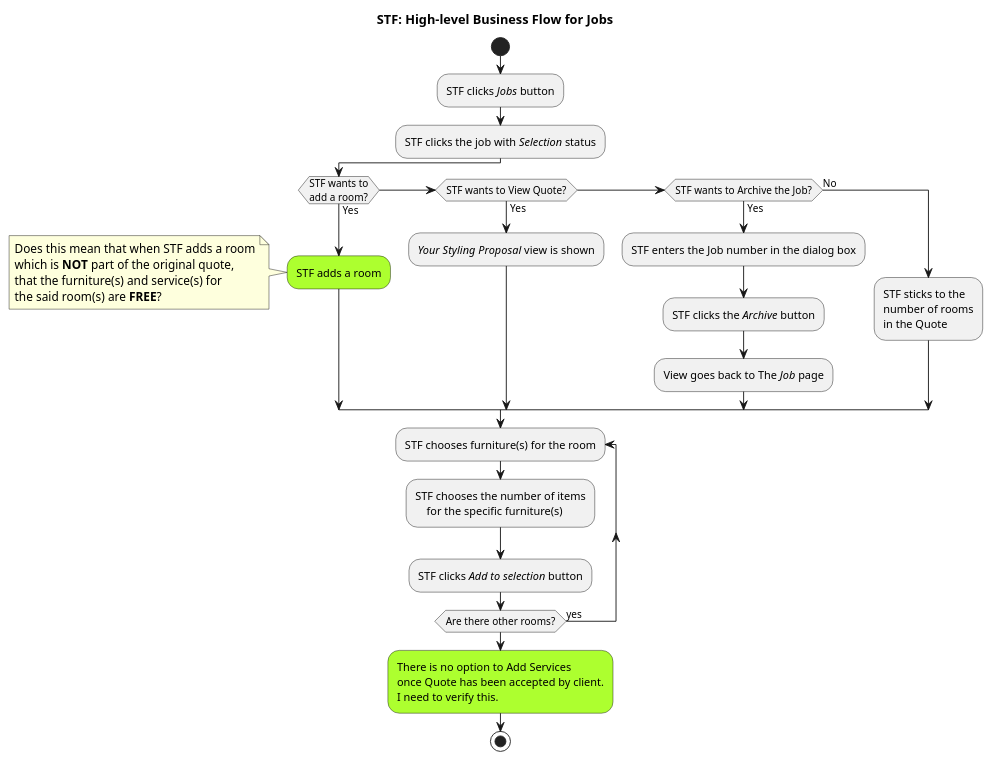
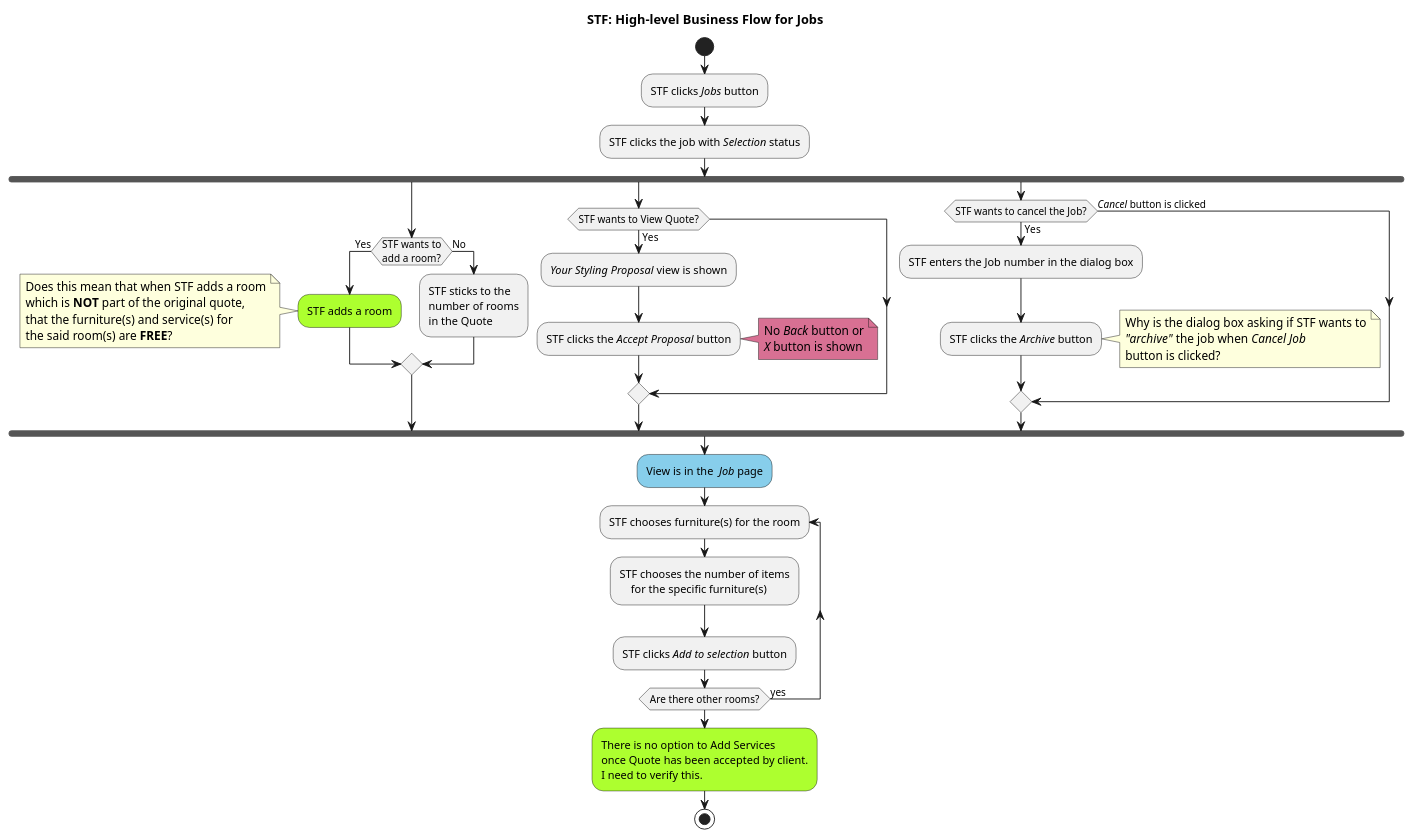
The diagram in STF/STF_JobsBusinessFlow.pu (jpgacrama/NovariSpecs), drawn with PlantUML before and after one commit.

Commit message:
STF: Job statuses - Made the decisions into forks

```diff
--- a/STF/STF_JobsBusinessFlow.pu
+++ b/STF/STF_JobsBusinessFlow.pu
@@ -4,38 +4,57 @@
 @startuml
     title STF: High-level Business Flow for Jobs
     start
     :STF clicks //Jobs// button;
     :STF clicks the job with //Selection// status;
+
+    fork
+        if (STF wants to\nadd a room?) then (Yes)
+            #GreenYellow:STF adds a room;
+
+            note left
+                Does this mean that when STF adds a room
+                which is **NOT** part of the original quote,
+                that the furniture(s) and service(s) for
+                the said room(s) are **FREE**?
+            end note
+        else(No)
+            :STF sticks to the\nnumber of rooms\nin the Quote;
+        endif
+    fork again
+        if (STF wants to View Quote?) then (Yes)
+            ://Your Styling Proposal// view is shown;
+            :STF clicks the //Accept Proposal// button;
+
+            note right #PaleVioletRed
+                No //Back// button or
+                //X// button is shown
+            end note
+        endif
+    fork again
+        if (STF wants to cancel the Job?) then (Yes)
+            :STF enters the Job number in the dialog box;
+            :STF clicks the //Archive// button;
+
+            note right
+                Why is the dialog box asking if STF wants to
+                //"archive"// the job when //Cancel Job//
+                button is clicked?
+            end note
+        else (//Cancel// button is clicked)
+        endif
+    end fork
     
-    if (STF wants to\nadd a room?) then (Yes)
-        #GreenYellow:STF adds a room;
-
-        note left
-            Does this mean that when STF adds a room
-            which is **NOT** part of the original quote,
-            that the furniture(s) and service(s) for
-            the said room(s) are **FREE**?
-        end note
-    elseif (STF wants to View Quote?) then (Yes)
-        ://Your Styling Proposal// view is shown;
-    elseif (STF wants to Archive the Job?) then (Yes)
-        :STF enters the Job number in the dialog box;
-        :STF clicks the //Archive// button;
-            
-            :View goes back to The //Job// page;
-    else(No)
-        :STF sticks to the\nnumber of rooms\nin the Quote;
-    endif
+    #SkyBlue:View is in the  //Job// page;
 
     repeat :STF chooses furniture(s) for the room;
         :STF chooses the number of items
             for the specific furniture(s);
         :STF clicks //Add to selection// button;
     repeat while (Are there other rooms?) is (yes)
     
     #GreenYellow:There is no option to Add Services
     once Quote has been accepted by client.
     I need to verify this.;
     
     stop
 @enduml
```
